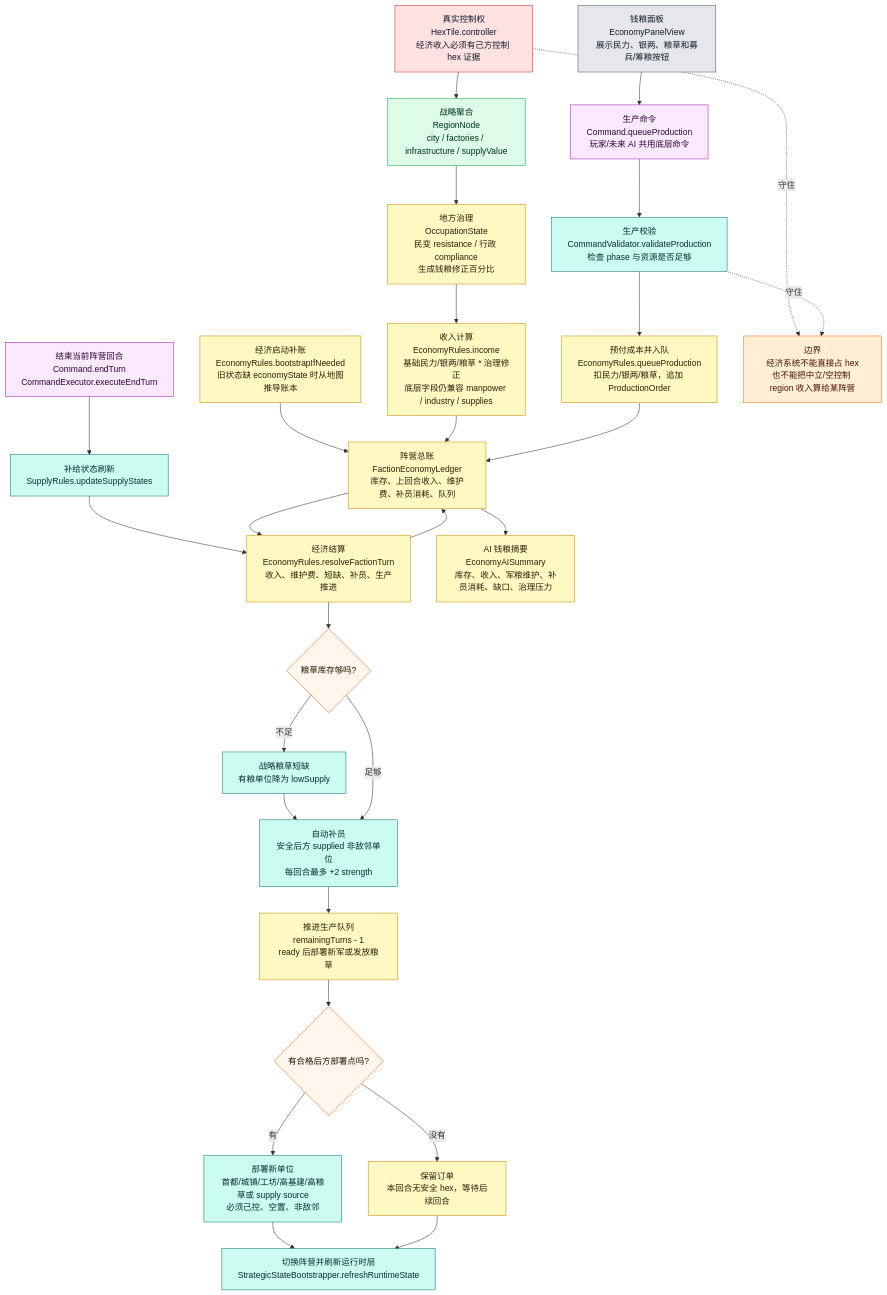
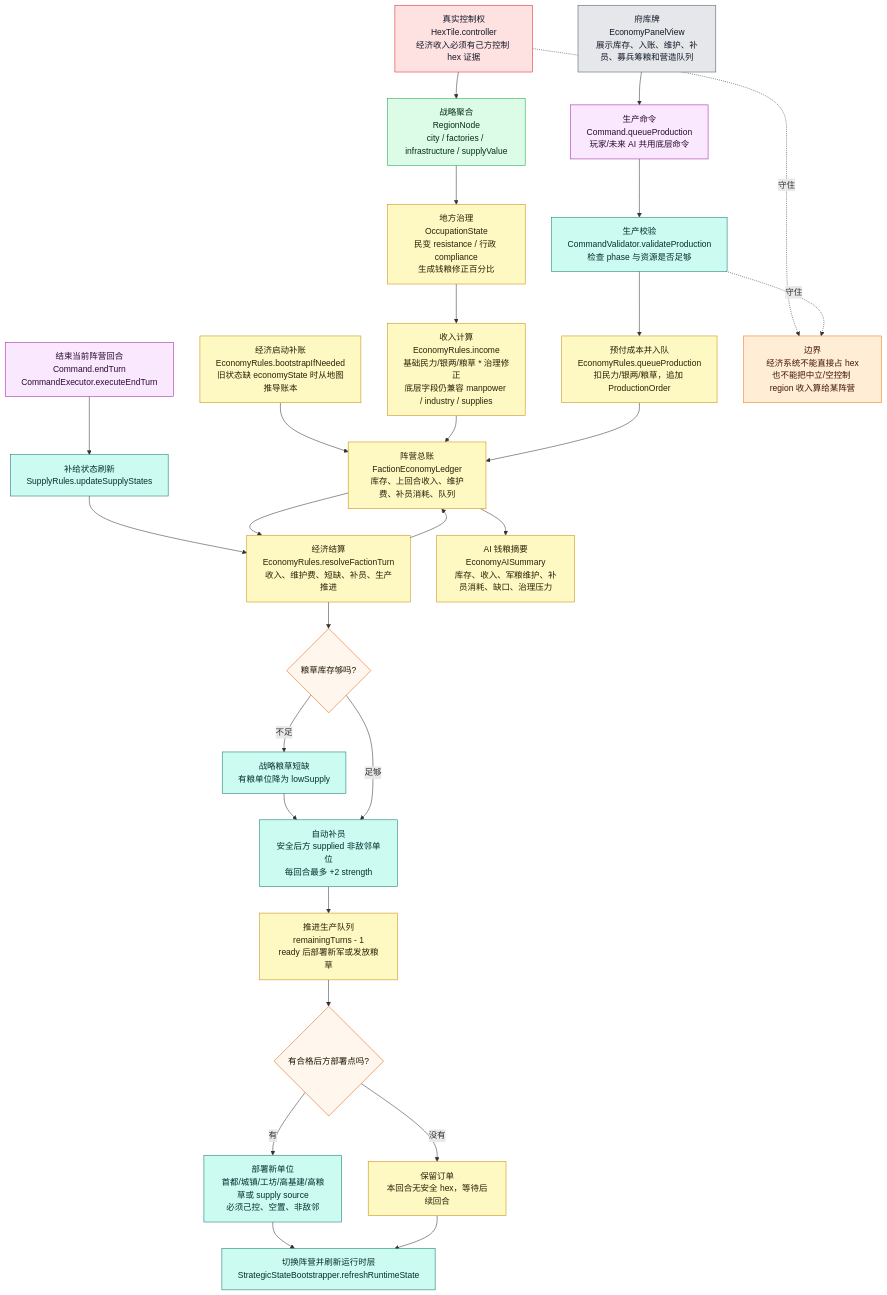
One commit to Altman-sam114/123 changed the fourth of 9 diagrams in md/flow/flowchart.md. Above: the diagram before and after it, drawn with Mermaid. The commit also changed other lines of this file and 7 other files, not shown here.

Commit message:
feat(ming): polish economy panel

````diff
--- a/md/flow/flowchart.md
+++ b/md/flow/flowchart.md
@@ -240,54 +243,54 @@
 ```mermaid
 flowchart TD
     BOOT["经济启动补账<br/>EconomyRules.bootstrapIfNeeded<br/>旧状态缺 economyState 时从地图推导账本"]:::economy
     HEX["真实控制权<br/>HexTile.controller<br/>经济收入必须有己方控制 hex 证据"]:::authority
     REGION["战略聚合<br/>RegionNode<br/>city / factories / infrastructure / supplyValue"]:::derived
     GOV["地方治理<br/>OccupationState<br/>民变 resistance / 行政 compliance<br/>生成钱粮修正百分比"]:::economy
     INCOME["收入计算<br/>EconomyRules.income<br/>基础民力/银两/粮草 * 治理修正<br/>底层字段仍兼容 manpower / industry / supplies"]:::economy
     LEDGER["阵营总账<br/>FactionEconomyLedger<br/>库存、上回合收入、维护费、补员消耗、队列"]:::economy
 
-    UI["钱粮面板<br/>EconomyPanelView<br/>展示民力、银两、粮草和募兵/筹粮按钮"]:::ui
+    UI["府库牌<br/>EconomyPanelView<br/>展示库存、入账、维护、补员、募兵筹粮和营造队列"]:::ui
     QUEUE["生产命令<br/>Command.queueProduction<br/>玩家/未来 AI 共用底层命令"]:::command
     VALIDATE["生产校验<br/>CommandValidator.validateProduction<br/>检查 phase 与资源是否足够"]:::rules
     PAY["预付成本并入队<br/>EconomyRules.queueProduction<br/>扣民力/银两/粮草，追加 ProductionOrder"]:::economy
 
     END["结束当前阵营回合<br/>Command.endTurn<br/>CommandExecutor.executeEndTurn"]:::command
     SUPPLY["补给状态刷新<br/>SupplyRules.updateSupplyStates"]:::rules
     RESOLVE["经济结算<br/>EconomyRules.resolveFactionTurn<br/>收入、维护费、短缺、补员、生产推进"]:::economy
     SHORT{"粮草库存够吗?"}:::decision
     LOW["战略粮草短缺<br/>有粮单位降为 lowSupply"]:::rules
     REINF["自动补员<br/>安全后方 supplied 非敌邻单位<br/>每回合最多 +2 strength"]:::rules
     PROD["推进生产队列<br/>remainingTurns - 1<br/>ready 后部署新军或发放粮草"]:::economy
     DEPLOY{"有合格后方部署点吗?"}:::decision
     SPAWN["部署新单位<br/>首都/城镇/工坊/高基建/高粮草或 supply source<br/>必须己控、空置、非敌邻"]:::rules
     WAIT["保留订单<br/>本回合无安全 hex，等待后续回合"]:::economy
     NEXT["切换阵营并刷新运行时层<br/>StrategicStateBootstrapper.refreshRuntimeState"]:::rules
 
     BOOT --> LEDGER
     HEX --> REGION --> GOV --> INCOME --> LEDGER
     UI --> QUEUE --> VALIDATE --> PAY --> LEDGER
     END --> SUPPLY --> RESOLVE
     LEDGER --> RESOLVE
     RESOLVE --> SHORT
     SHORT -->|不足| LOW --> REINF
     SHORT -->|足够| REINF
     REINF --> PROD --> DEPLOY
     DEPLOY -->|有| SPAWN --> NEXT
     DEPLOY -->|没有| WAIT --> NEXT
     RESOLVE --> LEDGER
 
     LEDGER --> AISUM["AI 钱粮摘要<br/>EconomyAISummary<br/>库存、收入、军粮维护、补员消耗、缺口、治理压力"]:::economy
 
     WARN["边界<br/>经济系统不能直接占 hex<br/>也不能把中立/空控制 region 收入算给某阵营"]:::warn
     HEX -.守住.-> WARN
     VALIDATE -.守住.-> WARN
 
     classDef authority fill:#fee2e2,stroke:#dc2626,color:#111827
     classDef derived fill:#dcfce7,stroke:#16a34a,color:#052e16
     classDef economy fill:#fef9c3,stroke:#ca8a04,color:#292107
     classDef command fill:#fae8ff,stroke:#a21caf,color:#2a0a2f
     classDef rules fill:#ccfbf1,stroke:#0f766e,color:#042f2e
     classDef decision fill:#fff7ed,stroke:#ea580c,color:#1f1300
     classDef ui fill:#e5e7eb,stroke:#4b5563,color:#111827
     classDef warn fill:#ffedd5,stroke:#f97316,color:#431407
 ```
````
